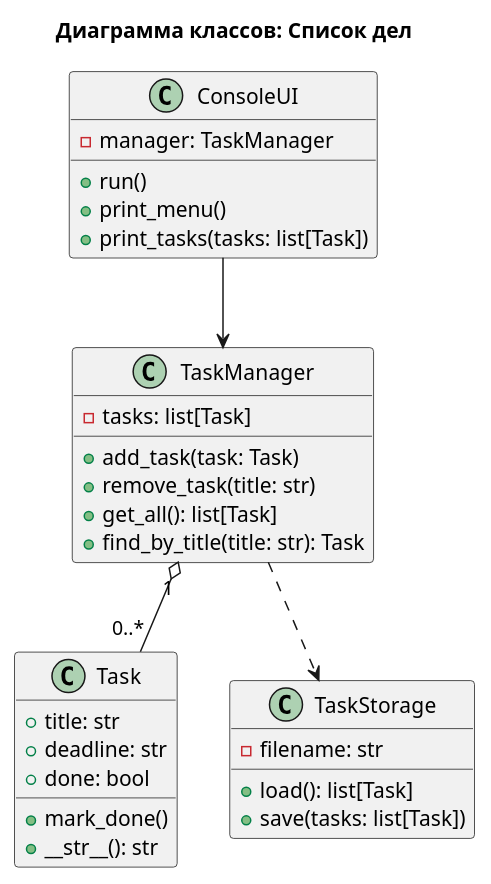
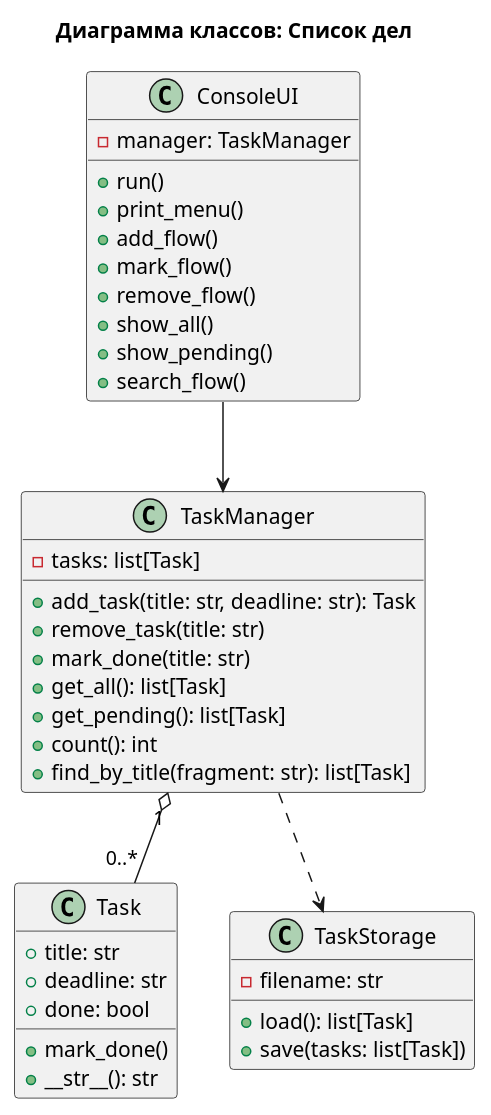
Before and after one commit to VLAN69/todo-app: the diagram in docs/class_diagram.puml, drawn with PlantUML. The commit also changed 4 other files, not shown here.

Commit message:
Update class diagram to match implementation

```diff
--- a/docs/class_diagram.puml
+++ b/docs/class_diagram.puml
@@ -1,36 +1,44 @@
 @startuml
 title Диаграмма классов: Список дел
 
 class Task {
   +title: str
   +deadline: str
   +done: bool
   +mark_done()
   +__str__(): str
 }
 
 class TaskManager {
   -tasks: list[Task]
-  +add_task(task: Task)
+  +add_task(title: str, deadline: str): Task
   +remove_task(title: str)
+  +mark_done(title: str)
   +get_all(): list[Task]
-  +find_by_title(title: str): Task
+  +get_pending(): list[Task]
+  +count(): int
+  +find_by_title(fragment: str): list[Task]
 }
 
 class TaskStorage {
   -filename: str
   +load(): list[Task]
   +save(tasks: list[Task])
 }
 
 class ConsoleUI {
   -manager: TaskManager
   +run()
   +print_menu()
-  +print_tasks(tasks: list[Task])
+  +add_flow()
+  +mark_flow()
+  +remove_flow()
+  +show_all()
+  +show_pending()
+  +search_flow()
 }
 
 ConsoleUI --> TaskManager
 TaskManager "1" o-- "0..*" Task
 TaskManager ..> TaskStorage
 @enduml
```
